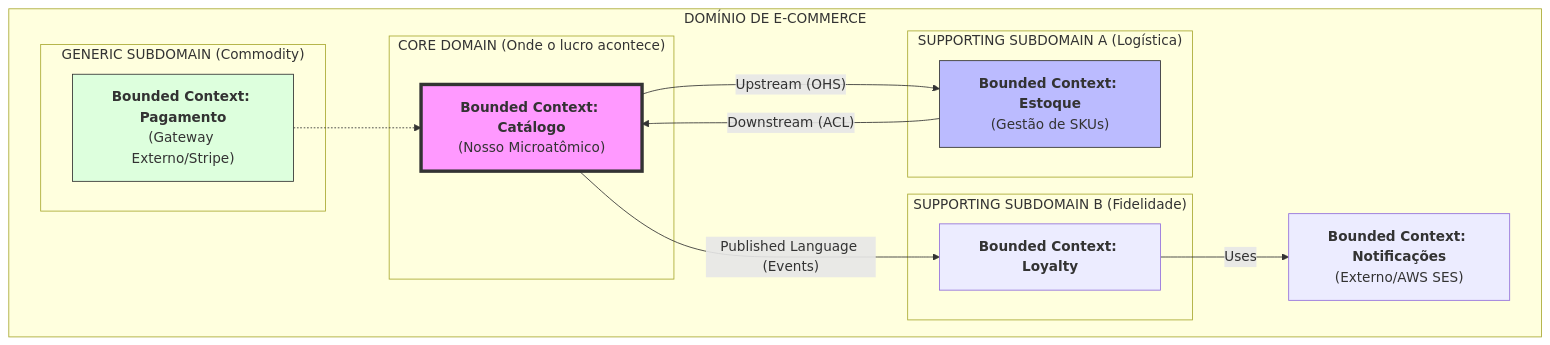
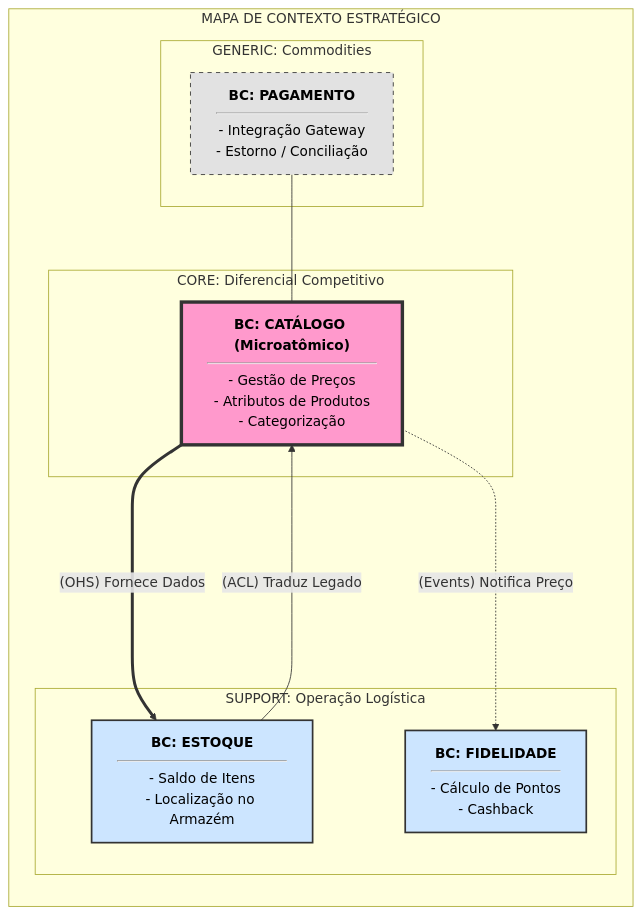
One commit to BSI-UFU/MD_Workshop2 changed the diagram in Workshop_Microsservicos.md. Above: the diagram before and after it, drawn with Mermaid.

Commit message:
Ajustes e Workshop_Microsservicos.md

````diff
--- a/Workshop_Microsservicos.md
+++ b/Workshop_Microsservicos.md
@@ -1,38 +1,38 @@
 ```mermaid
-graph TD
-    subgraph "DOMÍNIO DE E-COMMERCE"
-        
-        %% Core Domain
-        subgraph "CORE DOMAIN (Onde o lucro acontece)"
-            CATALOGO["<b>Bounded Context: Catálogo</b><br/>(Nosso Microatômico)"]
+graph LR
+    %% Definição de Estilos
+    classDef core fill:#ff99cc,stroke:#333,stroke-width:4px,color:#000
+    classDef support fill:#cce5ff,stroke:#333,stroke-width:2px,color:#000
+    classDef generic fill:#e2e2e2,stroke:#333,stroke-dasharray: 5 5,color:#000
+
+    subgraph ECOMMERCE_SYSTEM [MAPA DE CONTEXTO ESTRATÉGICO]
+        direction TB
+
+        %% Detalhando o Core Domain com foco no Microatômico
+        subgraph CORE [CORE: Diferencial Competitivo]
+            CATALOGO["<b>BC: CATÁLOGO (Microatômico)</b><hr/>- Gestão de Preços<br/>- Atributos de Produtos<br/>- Categorização"]
         end
 
-        %% Supporting Subdomains
-        subgraph "SUPPORTING SUBDOMAIN A (Logística)"
-            ESTOQUE["<b>Bounded Context: Estoque</b><br/>(Gestão de SKUs)"]
+        %% Detalhando os Subdomínios de Suporte
+        subgraph SUPPORT [SUPPORT: Operação Logística]
+            ESTOQUE["<b>BC: ESTOQUE</b><hr/>- Saldo de Itens<br/>- Localização no Armazém"]
+            LOYALTY["<b>BC: FIDELIDADE</b><hr/>- Cálculo de Pontos<br/>- Cashback"]
         end
 
-        subgraph "SUPPORTING SUBDOMAIN B (Fidelidade)"
-            LOYALTY["<b>Bounded Context: Loyalty</b>"]
+        %% Detalhando o Domínio Genérico
+        subgraph GENERIC [GENERIC: Commodities]
+            PAGAMENTO["<b>BC: PAGAMENTO</b><hr/>- Integração Gateway<br/>- Estorno / Conciliação"]
         end
-
-        %% Generic Subdomain
-        subgraph "GENERIC SUBDOMAIN (Commodity)"
-            PAGAMENTO["<b>Bounded Context: Pagamento</b><br/>(Gateway Externo/Stripe)"]
-        end
-
-        %% External Context
-        EXT_NOTIF["<b>Bounded Context: Notificações</b><br/>(Externo/AWS SES)"]
     end
 
-    %% Relacionamentos (Context Mapping)
-    CATALOGO -- "Upstream (OHS)" --> ESTOQUE
-    ESTOQUE -- "Downstream (ACL)" --> CATALOGO
-    CATALOGO -- "Published Language (Events)" --> LOYALTY
-    PAGAMENTO -.-> CATALOGO
-    LOYALTY -- "Uses" --> EXT_NOTIF
-
-    style CATALOGO fill:#f9f,stroke:#333,stroke-width:4px
-    style ESTOQUE fill:#bbf,stroke:#333
-    style PAGAMENTO fill:#dfd,stroke:#333
+    %% Relacionamentos com labels claras que não obstruem os nomes
+    CATALOGO ====>|"(OHS) Fornece Dados"| ESTOQUE
+    ESTOQUE ---->|"(ACL) Traduz Legado"| CATALOGO
+    CATALOGO -.->|"(Events) Notifica Preço"| LOYALTY
+    PAGAMENTO --- CATALOGO
+    
+    %% Aplicação dos Estilos
+    class CATALOGO core
+    class ESTOQUE,LOYALTY support
+    class PAGAMENTO generic
 ```
````
